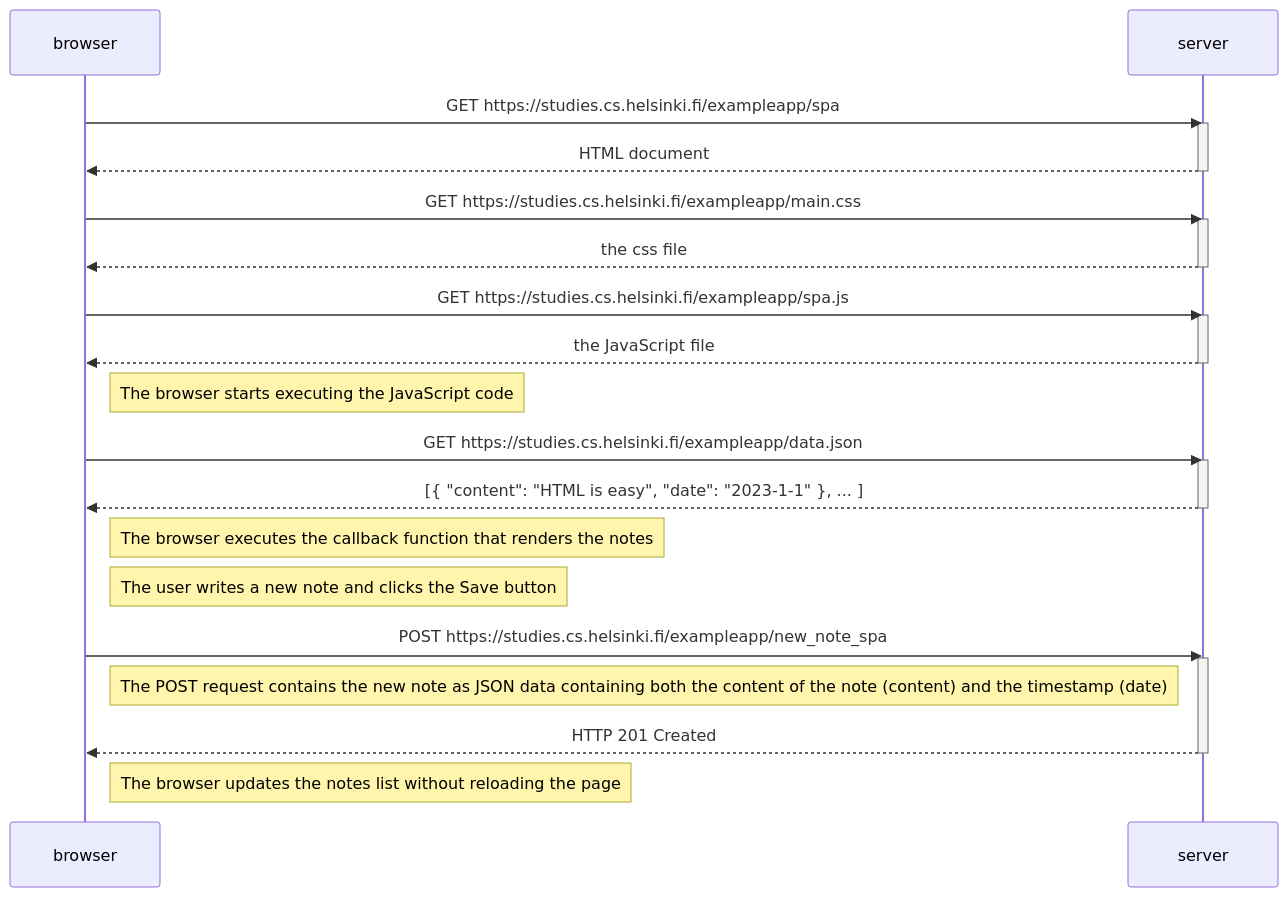
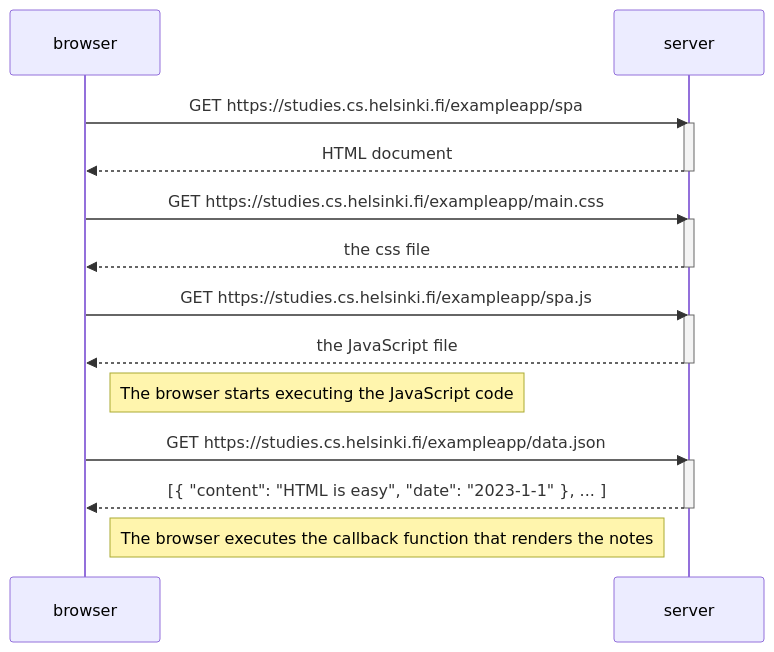
The second of 3 diagrams in README.md (EvanaSabatella1989/fullstackopen-parte0), drawn with Mermaid before and after one commit.

Commit message:
0.6: Nueva nota en diagrama de aplicación de una sola pagina.md

````diff
--- a/README.md
+++ b/README.md
@@ -39,40 +39,29 @@
 ```mermaid
 sequenceDiagram
     participant browser
     participant server
 
     browser->>server: GET https://studies.cs.helsinki.fi/exampleapp/spa
     activate server
     server-->>browser: HTML document
     deactivate server
 
     browser->>server: GET https://studies.cs.helsinki.fi/exampleapp/main.css
     activate server
     server-->>browser: the css file
     deactivate server
 
     browser->>server: GET https://studies.cs.helsinki.fi/exampleapp/spa.js
     activate server
     server-->>browser: the JavaScript file
     deactivate server
 
     Note right of browser: The browser starts executing the JavaScript code
 
     browser->>server: GET https://studies.cs.helsinki.fi/exampleapp/data.json
     activate server
     server-->>browser: [{ "content": "HTML is easy", "date": "2023-1-1" }, ... ]
     deactivate server
 
     Note right of browser: The browser executes the callback function that renders the notes
-
-    Note right of browser: The user writes a new note and clicks the Save button
-
-    browser->>server: POST https://studies.cs.helsinki.fi/exampleapp/new_note_spa
-    activate server
-    Note right of browser: The POST request contains the new note as JSON data containing both the content of the note (content) and the timestamp (date)
-
-    server-->>browser: HTTP 201 Created
-    deactivate server
-
-    Note right of browser: The browser updates the notes list without reloading the page
 ```
````
